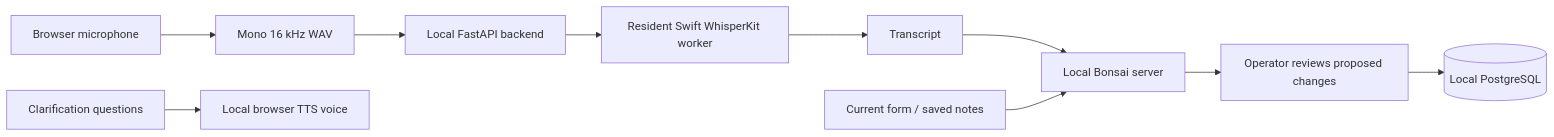
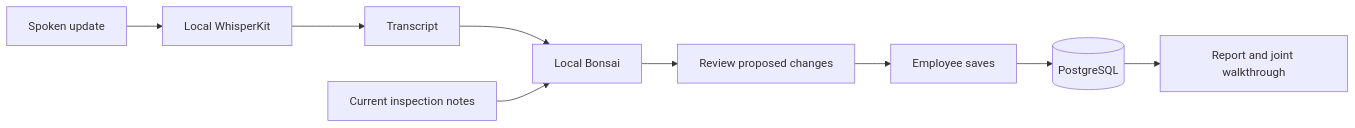
One commit to hom-cv/cornell-voice-hackathon changed the diagram in README.md. Above: the diagram before and after it, drawn with Mermaid. The commit also changed other lines of this file, not shown here.

````diff
--- a/README.md
+++ b/README.md
@@ -118,12 +71,11 @@
 ```mermaid
 flowchart LR
-    Mic[Browser microphone] --> WAV[Mono 16 kHz WAV]
-    WAV --> API[Local FastAPI backend]
-    API --> WK[Resident Swift WhisperKit worker]
-    WK --> Text[Transcript]
-    Text --> Bonsai[Local Bonsai server]
-    Notes[Current form / saved notes] --> Bonsai
-    Bonsai --> Review[Operator reviews proposed changes]
-    Review --> DB[(Local PostgreSQL)]
-    Questions[Clarification questions] --> TTS[Local browser TTS voice]
+    Voice[Spoken update] --> Whisper[Local WhisperKit]
+    Whisper --> Transcript[Transcript]
+    Transcript --> Bonsai[Local Bonsai]
+    Notes[Current inspection notes] --> Bonsai
+    Bonsai --> Review[Review proposed changes]
+    Review --> Save[Employee saves]
+    Save --> DB[(PostgreSQL)]
+    DB --> Handoff[Report and joint walkthrough]
 ```
````
